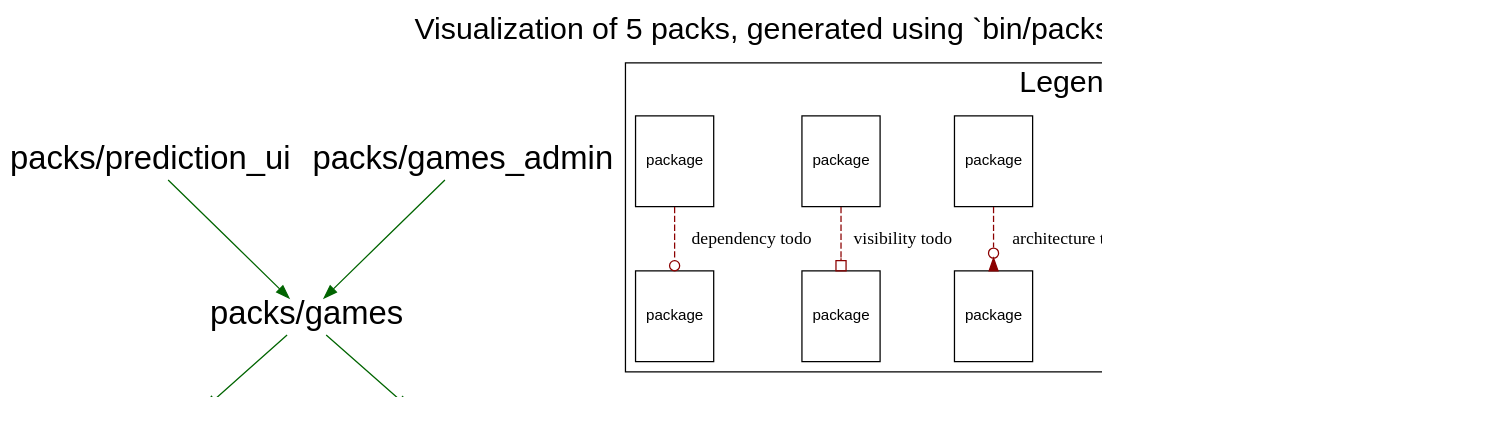
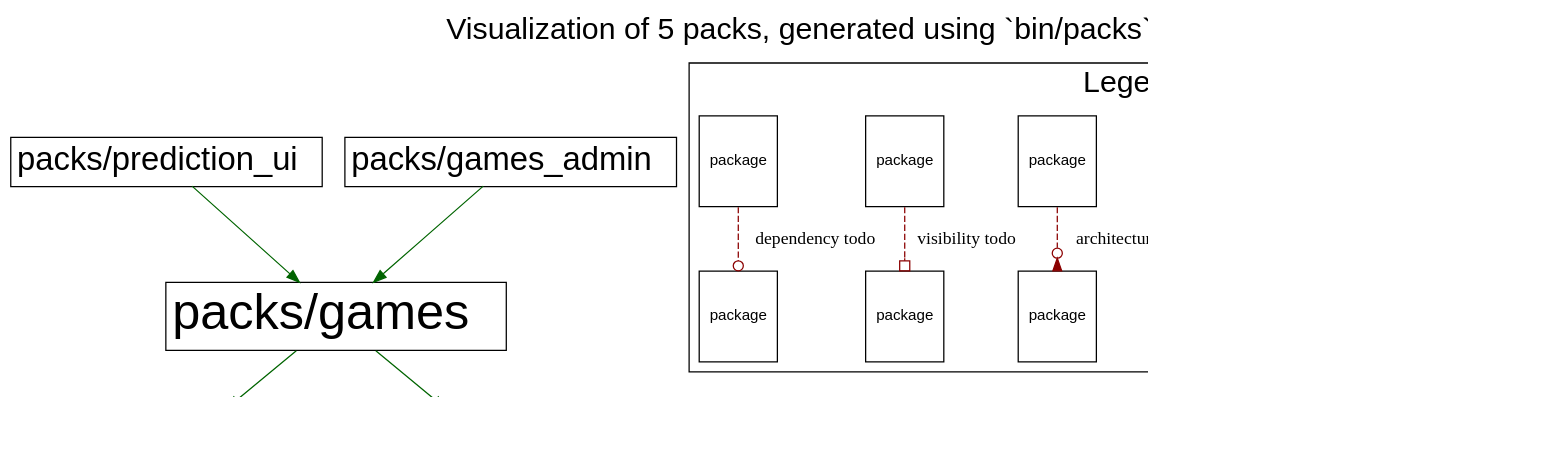
The diagram in c4s01/sportsball/packs/games/packs.dot (shageman/package-based-rails-applications-book), drawn with Graphviz before and after one commit. The commit also changed 1037 other files, not shown here.

Commit message:
Improve new packs diagrams when packages are not in layers

```diff
--- a/c4s01/sportsball/packs/games/packs.dot
+++ b/c4s01/sportsball/packs/games/packs.dot
@@ -1,58 +1,116 @@
 digraph package_diagram {
   rankdir=TD
 
   graph [
     labelloc="t"
     fontname="Helvetica,Arial,sans-serif"
     dpi=100
     layout=dot
     label="Visualization of 5 packs, generated using `bin/packs`",
     fontsize=24
   ]
   node [
     fontname="Helvetica,Arial,sans-serif"
     fontsize=26.0
     fontcolor=black
     fillcolor=white
     color=black
     height=1.0
     style=filled
     shape=plain
   ]
 
+    subgraph NotInLayer {
+      shape=box
+      color=darkgrey
+      fillcolor=lightblue
+      style=filled
+
+
+        "packs/games" [
+            fontsize=40.0
+              URL="https://github.com/shageman/package-based-rails-applications-book/tree/main/c4s07/sportsball/packs/games"
+            label=               <
+                <table border='0' cellborder='1' cellspacing='0' cellpadding='4'>
+                  <tr> <td align='left'> packs/games </td> </tr>
+                </table>
+              >
+          ]
+
+        "packs/prediction_ui" [
+            fontsize=26.0
+              URL="https://github.com/shageman/package-based-rails-applications-book/tree/main/c4s07/sportsball/packs/prediction_ui"
+            label=               <
+                <table border='0' cellborder='1' cellspacing='0' cellpadding='4'>
+                  <tr> <td align='left'> packs/prediction_ui </td> </tr>
+                </table>
+              >
+          ]
+
+        "packs/games_admin" [
+            fontsize=26.0
+              URL="https://github.com/shageman/package-based-rails-applications-book/tree/main/c4s07/sportsball/packs/games_admin"
+            label=               <
+                <table border='0' cellborder='1' cellspacing='0' cellpadding='4'>
+                  <tr> <td align='left'> packs/games_admin </td> </tr>
+                </table>
+              >
+          ]
+
+        "packs/rails_shims" [
+            fontsize=26.0
+              URL="https://github.com/shageman/package-based-rails-applications-book/tree/main/c4s07/sportsball/packs/rails_shims"
+            label=               <
+                <table border='0' cellborder='1' cellspacing='0' cellpadding='4'>
+                  <tr> <td align='left'> packs/rails_shims </td> </tr>
+                </table>
+              >
+          ]
+
+        "packs/teams" [
+            fontsize=26.0
+              URL="https://github.com/shageman/package-based-rails-applications-book/tree/main/c4s07/sportsball/packs/teams"
+            label=               <
+                <table border='0' cellborder='1' cellspacing='0' cellpadding='4'>
+                  <tr> <td align='left'> packs/teams </td> </tr>
+                </table>
+              >
+          ]
+
+    }
 
           "packs/games" -> "packs/rails_shims" [
             color=darkgreen
           ]
           "packs/games" -> "packs/teams" [
             color=darkgreen
           ]
           "packs/prediction_ui" -> "packs/games" [
             color=darkgreen
           ]
           "packs/games_admin" -> "packs/games" [
             color=darkgreen
           ]
 
 
   subgraph cluster_legend {
     label="Legend"
 
     A [ fontsize=12 shape=box label="package"]
     B [ fontsize=12 shape=box label="package"]
     C [ fontsize=12 shape=box label="package"]
     D [ fontsize=12 shape=box label="package"]
     E [ fontsize=12 shape=box label="package"]
     F [ fontsize=12 shape=box label="package"]
     G [ fontsize=12 shape=box label="package"]
     H [ fontsize=12 shape=box label="package"]
     I [ fontsize=12 shape=box label="package"]
     J [ fontsize=12 shape=box label="package"]
 
     A -> B [label="accepted dependency" color=darkgreen]
     C -> D [label="privac todo" color=darkred style=dashed arrowhead=crow]
     E -> F [label="architecture todo" color=darkred style=dashed arrowhead=invodot]
     G -> H [label="visibility todo" color=darkred style=dashed arrowhead=obox]
     I -> J [label="dependency todo" color=darkred style=dashed arrowhead=odot]
   }
 }
```
